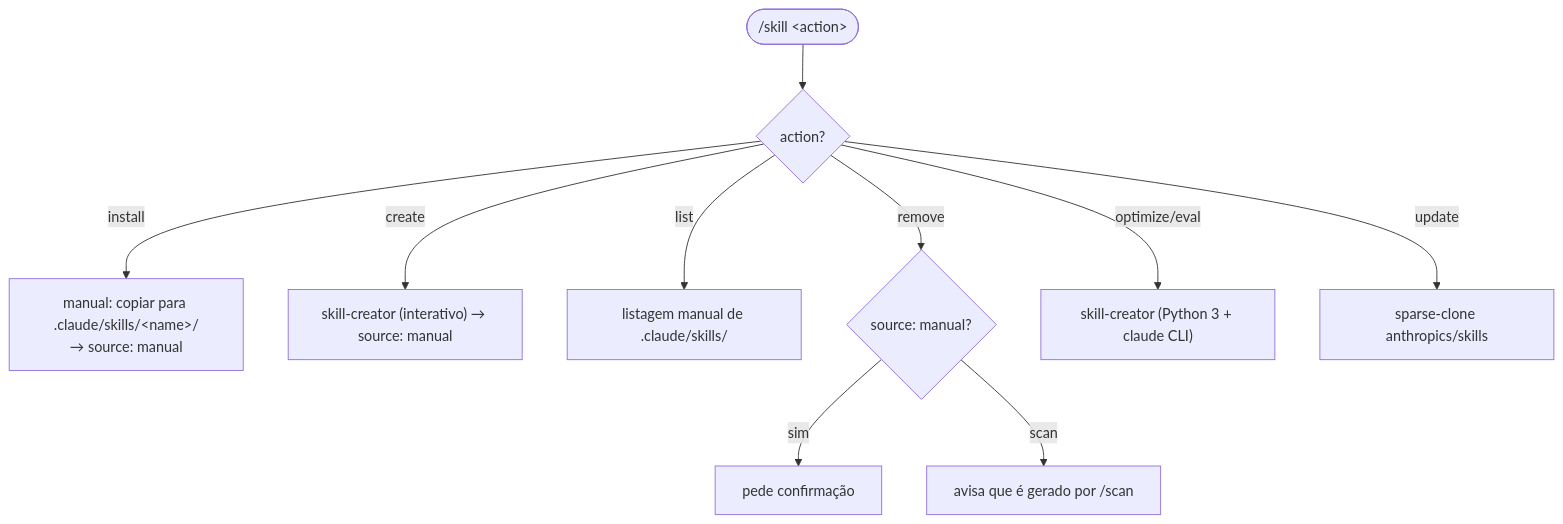
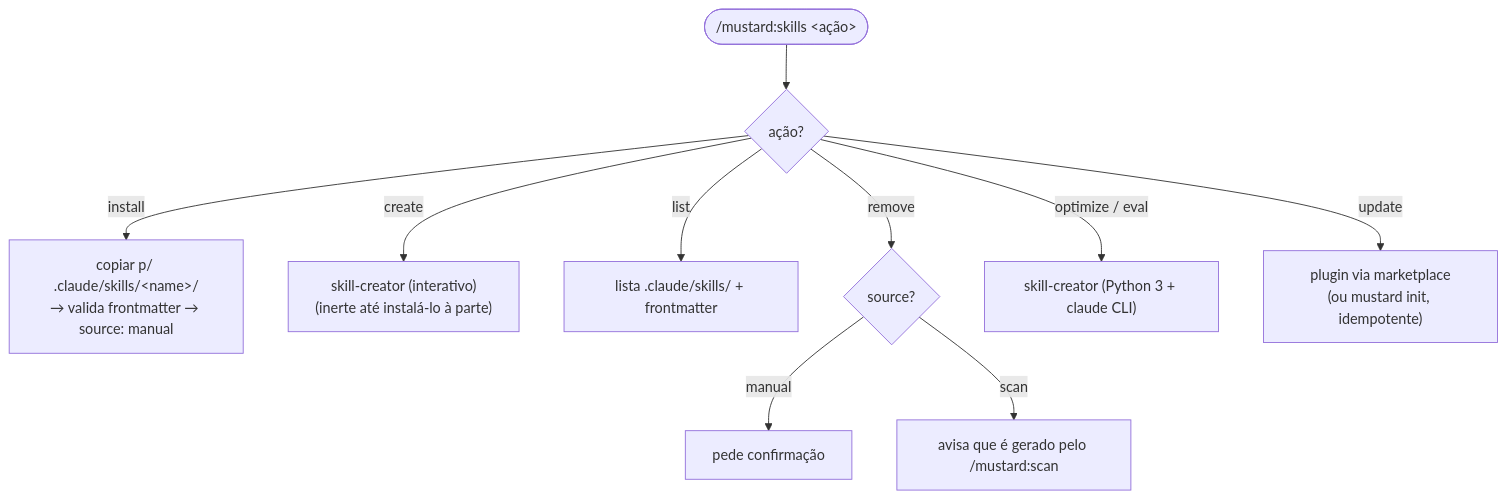
One commit to rubensrpj/mustard changed diagram 18 of 20 in MUSTARD-COMMANDS.md. Above: the diagram before and after it, drawn with Mermaid. The commit also changed other lines of this file and 35 other files, not shown here.

````diff
--- a/MUSTARD-COMMANDS.md
+++ b/MUSTARD-COMMANDS.md
@@ -548,12 +616,12 @@
 ```mermaid
 flowchart TD
-    start(["/skill &lt;action&gt;"]) --> action{"action?"}
-    action -->|install| inst["manual: copiar para .claude/skills/&lt;name&gt;/<br/>→ source: manual"]
-    action -->|create| create["skill-creator (interativo) → source: manual"]
-    action -->|list| list["listagem manual de .claude/skills/"]
-    action -->|remove| remove{"source: manual?"}
-    remove -->|sim| confirm["pede confirmação"]
-    remove -->|scan| warn["avisa que é gerado por /scan"]
-    action -->|"optimize/eval"| opt["skill-creator (Python 3 + claude CLI)"]
-    action -->|update| upd["sparse-clone anthropics/skills"]
+    start(["/mustard:skills &lt;ação&gt;"]) --> action{"ação?"}
+    action -->|install| inst["copiar p/ .claude/skills/&lt;name&gt;/<br/>→ valida frontmatter → source: manual"]
+    action -->|create| create["skill-creator (interativo)<br/>(inerte até instalá-lo à parte)"]
+    action -->|list| list["lista .claude/skills/ + frontmatter"]
+    action -->|remove| remove{"source?"}
+    remove -->|manual| confirm["pede confirmação"]
+    remove -->|scan| warn["avisa que é gerado pelo /mustard:scan"]
+    action -->|"optimize / eval"| opt["skill-creator (Python 3 + claude CLI)"]
+    action -->|update| upd["plugin via marketplace<br/>(ou mustard init, idempotente)"]
 ```
````
